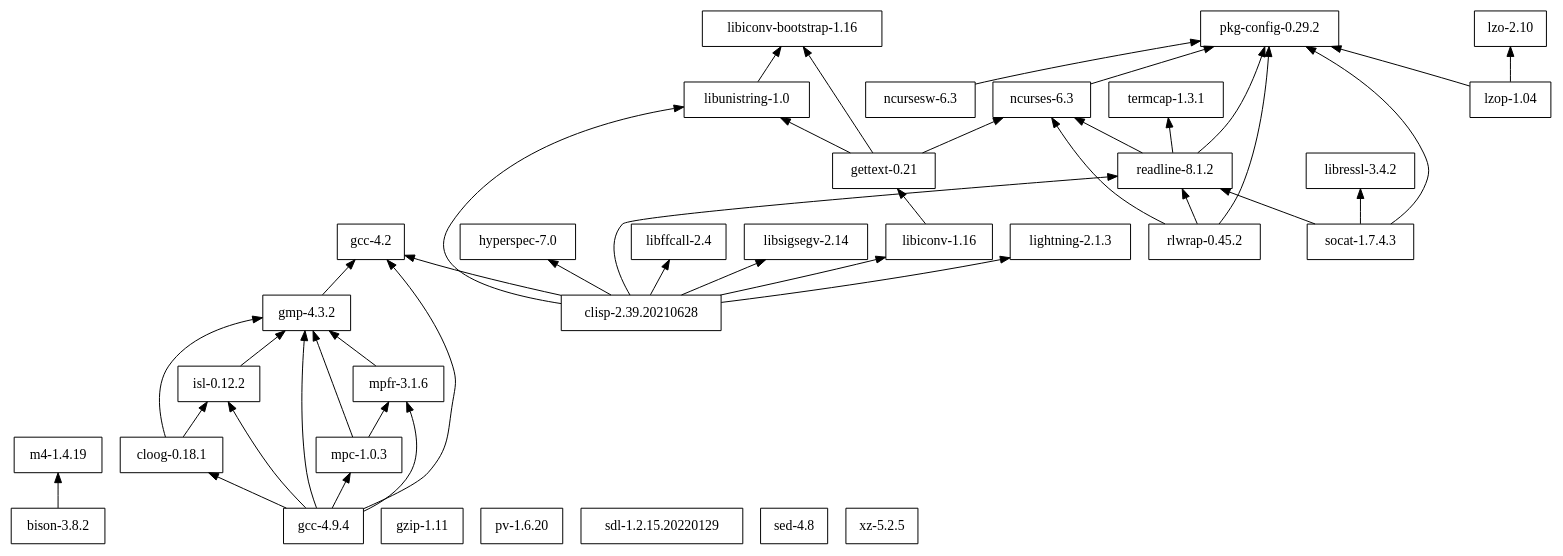
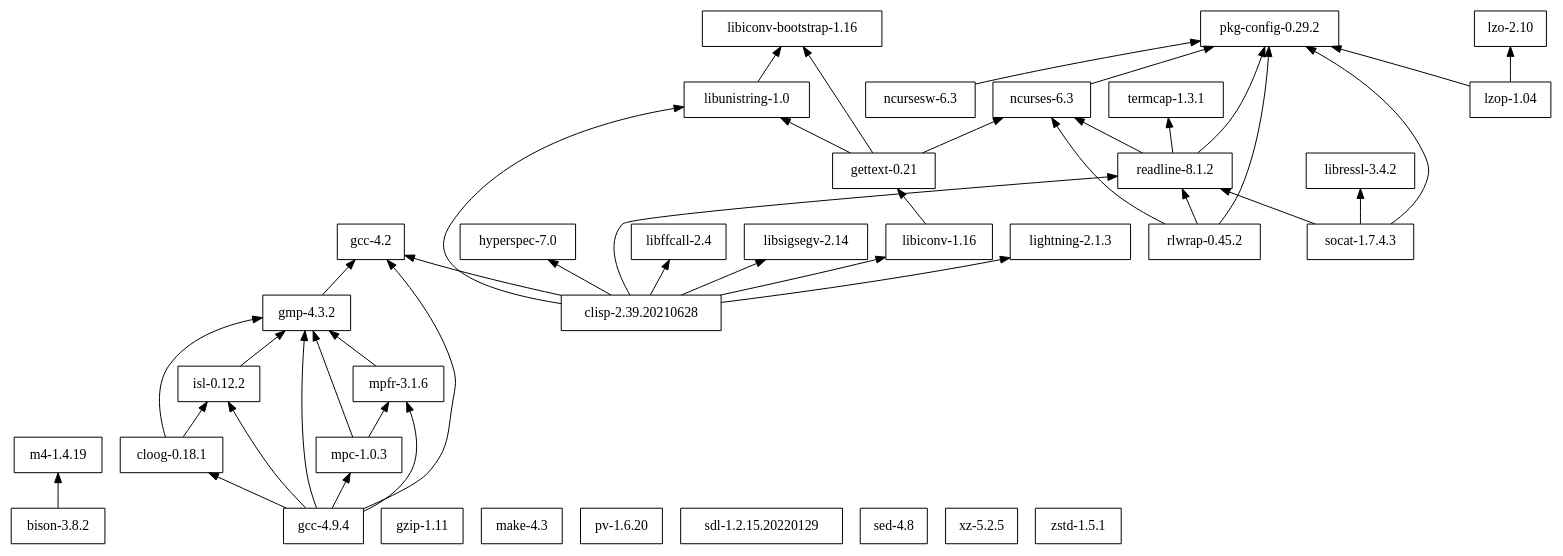
Before and after one commit to cellularmitosis/leopard.sh: the diagram in leopardsh/deps/dependencies.dot, drawn with Graphviz. The commit also changed 38 other files, not shown here.

```diff
--- a/leopardsh/deps/dependencies.dot
+++ b/leopardsh/deps/dependencies.dot
@@ -1,62 +1,64 @@
 digraph mygraph {
 node [shape=box];
 rankdir = BT;
 
 "bison-3.8.2" -> "m4-1.4.19"
 "clisp-2.39.20210628" -> "gcc-4.2"
 "clisp-2.39.20210628" -> "hyperspec-7.0"
 "clisp-2.39.20210628" -> "libiconv-1.16"
 "clisp-2.39.20210628" -> "libffcall-2.4"
 "clisp-2.39.20210628" -> "libsigsegv-2.14"
 "clisp-2.39.20210628" -> "libunistring-1.0"
 "clisp-2.39.20210628" -> "lightning-2.1.3"
 "clisp-2.39.20210628" -> "readline-8.1.2"
 "cloog-0.18.1" -> "gmp-4.3.2"
 "cloog-0.18.1" -> "isl-0.12.2"
 "gcc-4.2"
 "gcc-4.9.4" -> "cloog-0.18.1"
 "gcc-4.9.4" -> "gcc-4.2"
 "gcc-4.9.4" -> "gmp-4.3.2"
 "gcc-4.9.4" -> "isl-0.12.2"
 "gcc-4.9.4" -> "mpc-1.0.3"
 "gcc-4.9.4" -> "mpfr-3.1.6"
 "gettext-0.21" -> "libiconv-bootstrap-1.16"
 "gettext-0.21" -> "libunistring-1.0"
 "gettext-0.21" -> "ncurses-6.3"
 "gmp-4.3.2" -> "gcc-4.2"
 "gzip-1.11"
 "hyperspec-7.0"
 "isl-0.12.2" -> "gmp-4.3.2"
 "libffcall-2.4"
 "libiconv-1.16" -> "gettext-0.21"
 "libiconv-bootstrap-1.16"
 "libressl-3.4.2"
 "libsigsegv-2.14"
 "libunistring-1.0" -> "libiconv-bootstrap-1.16"
 "lightning-2.1.3"
 "lzo-2.10"
 "lzop-1.04" -> "lzo-2.10"
 "lzop-1.04" -> "pkg-config-0.29.2"
 "m4-1.4.19"
+"make-4.3"
 "mpc-1.0.3" -> "gmp-4.3.2"
 "mpc-1.0.3" -> "mpfr-3.1.6"
 "mpfr-3.1.6" -> "gmp-4.3.2"
 "ncurses-6.3" -> "pkg-config-0.29.2"
 "ncursesw-6.3" -> "pkg-config-0.29.2"
 "pkg-config-0.29.2"
 "pv-1.6.20"
 "readline-8.1.2" -> "ncurses-6.3"
 "readline-8.1.2" -> "pkg-config-0.29.2"
 "readline-8.1.2" -> "termcap-1.3.1"
 "rlwrap-0.45.2" -> "ncurses-6.3"
 "rlwrap-0.45.2" -> "pkg-config-0.29.2"
 "rlwrap-0.45.2" -> "readline-8.1.2"
 "sdl-1.2.15.20220129"
 "sed-4.8"
 "socat-1.7.4.3" -> "libressl-3.4.2"
 "socat-1.7.4.3" -> "pkg-config-0.29.2"
 "socat-1.7.4.3" -> "readline-8.1.2"
 "termcap-1.3.1"
 "xz-5.2.5"
+"zstd-1.5.1"
 
 }
```
